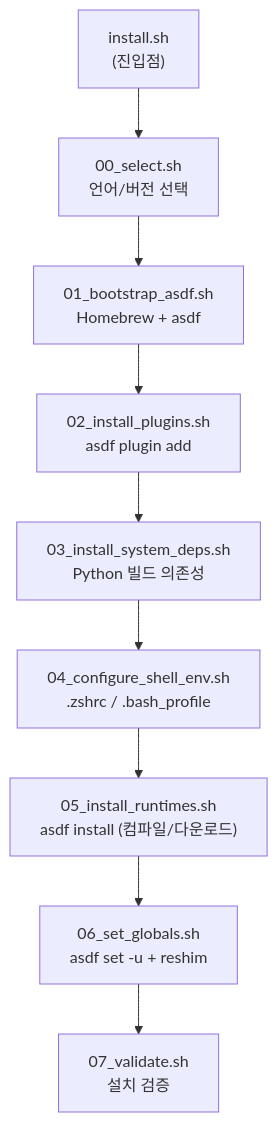
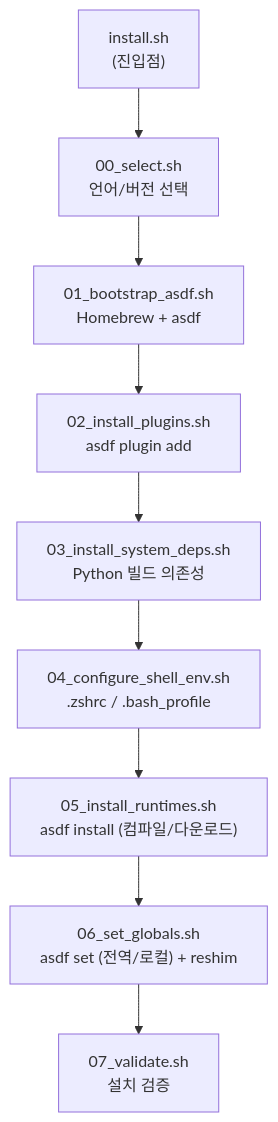
One commit to amosQP/langtoolchain changed the diagram in readme.md. Above: the diagram before and after it, drawn with Mermaid. The commit also changed other lines of this file, not shown here.

````diff
--- a/readme.md
+++ b/readme.md
@@ -132,11 +139,11 @@
 ```mermaid
 flowchart TD
     A["install.sh<br/>(진입점)"] --> B["00_select.sh<br/>언어/버전 선택"]
     B --> C["01_bootstrap_asdf.sh<br/>Homebrew + asdf"]
     C --> D["02_install_plugins.sh<br/>asdf plugin add"]
     D --> E["03_install_system_deps.sh<br/>Python 빌드 의존성"]
     E --> F["04_configure_shell_env.sh<br/>.zshrc / .bash_profile"]
     F --> G["05_install_runtimes.sh<br/>asdf install (컴파일/다운로드)"]
-    G --> H["06_set_globals.sh<br/>asdf set -u + reshim"]
+    G --> H["06_set_globals.sh<br/>asdf set (전역/로컬) + reshim"]
     H --> I["07_validate.sh<br/>설치 검증"]
 ```
````
